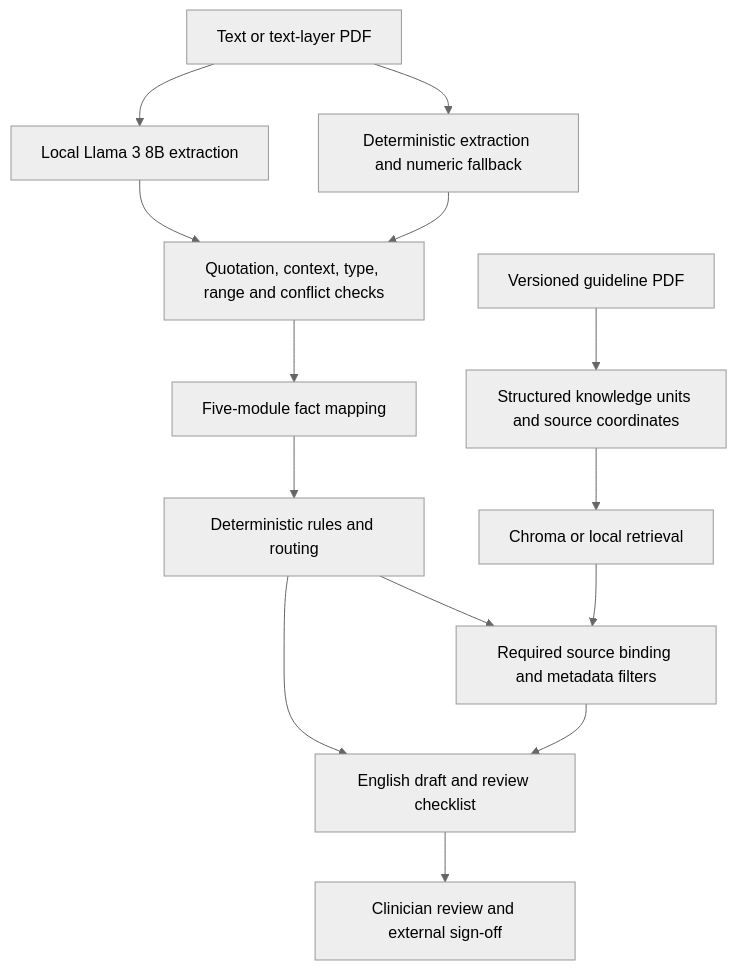
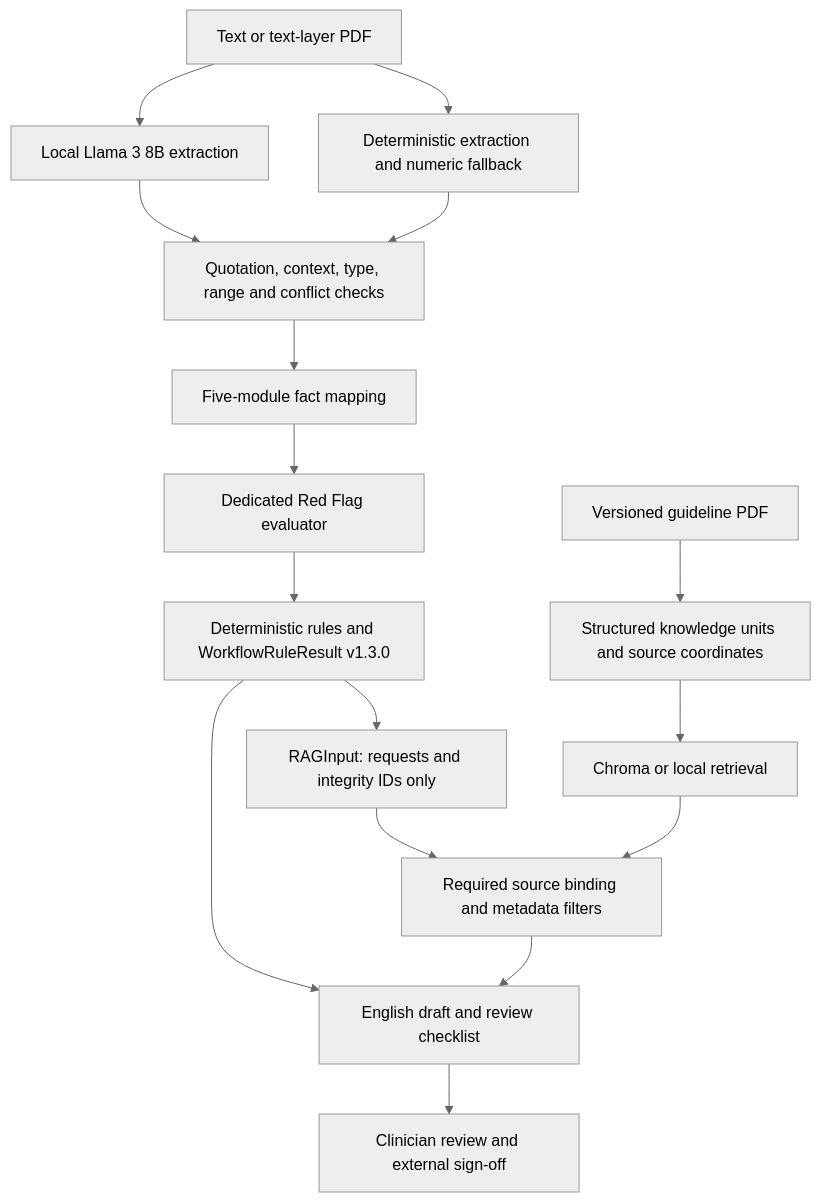
Before and after one commit to Zicheng-Xie/Occupational-Fitness-Platform: the diagram in docs/architecture.md, drawn with Mermaid (neutral theme). The commit also changed other lines of this file and 34 other files, not shown here.

Commit message:
consolidate WorkflowRuleResult v1.3.0 and add red flag boundary

````diff
--- a/docs/architecture.md
+++ b/docs/architecture.md
@@ -5,16 +5,18 @@
 ```mermaid
 flowchart TD
   A[Text or text-layer PDF] --> B[Local Llama 3 8B extraction]
   A --> C[Deterministic extraction and numeric fallback]
   B --> D[Quotation, context, type, range and conflict checks]
   C --> D
   D --> E[Five-module fact mapping]
-  E --> F[Deterministic rules and routing]
+  E --> F[Dedicated Red Flag evaluator]
+  F --> R[Deterministic rules and WorkflowRuleResult v1.3.0]
+  R --> Q[RAGInput: requests and integrity IDs only]
   G[Versioned guideline PDF] --> H[Structured knowledge units and source coordinates]
   H --> I[Chroma or local retrieval]
-  F --> J[Required source binding and metadata filters]
+  Q --> J[Required source binding and metadata filters]
   I --> J
-  F --> K[English draft and review checklist]
+  R --> K[English draft and review checklist]
   J --> K
   K --> L[Clinician review and external sign-off]
 ```
````
